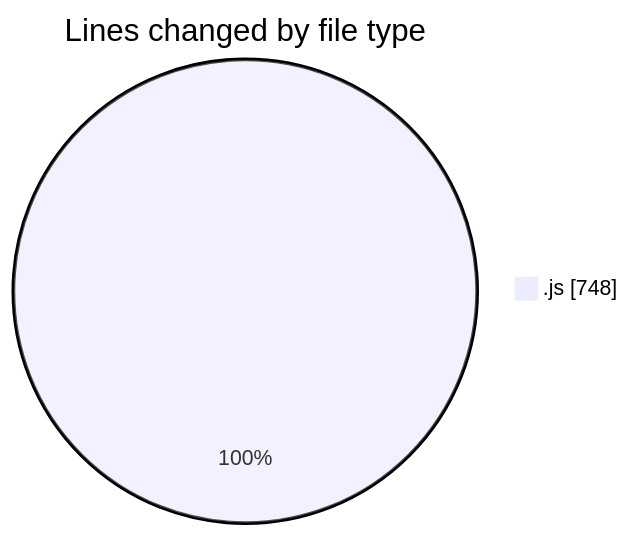
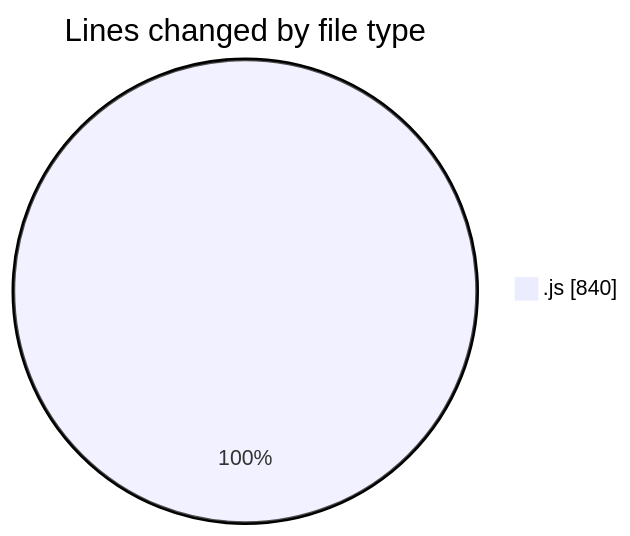
Before and after one commit to momahboobian/code-tracking: the first of 2 diagrams in 2026-02-04/cda/README.md, drawn with Mermaid. The commit also changed other lines of this file and 1 other file, not shown here.

````diff
--- a/2026-02-04/cda/README.md
+++ b/2026-02-04/cda/README.md
@@ -20,5 +20,5 @@
 ```mermaid
 pie showData
 title Lines changed by file type
-".js" : 748
+".js" : 840
 ```
````
